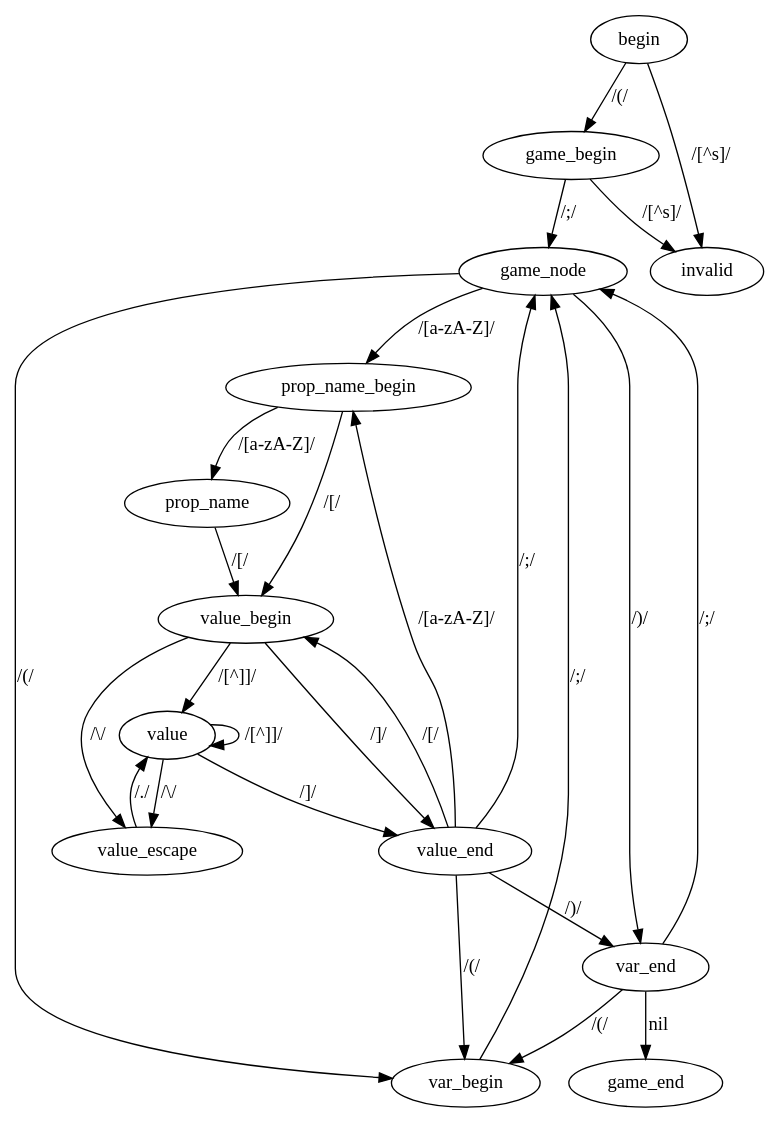
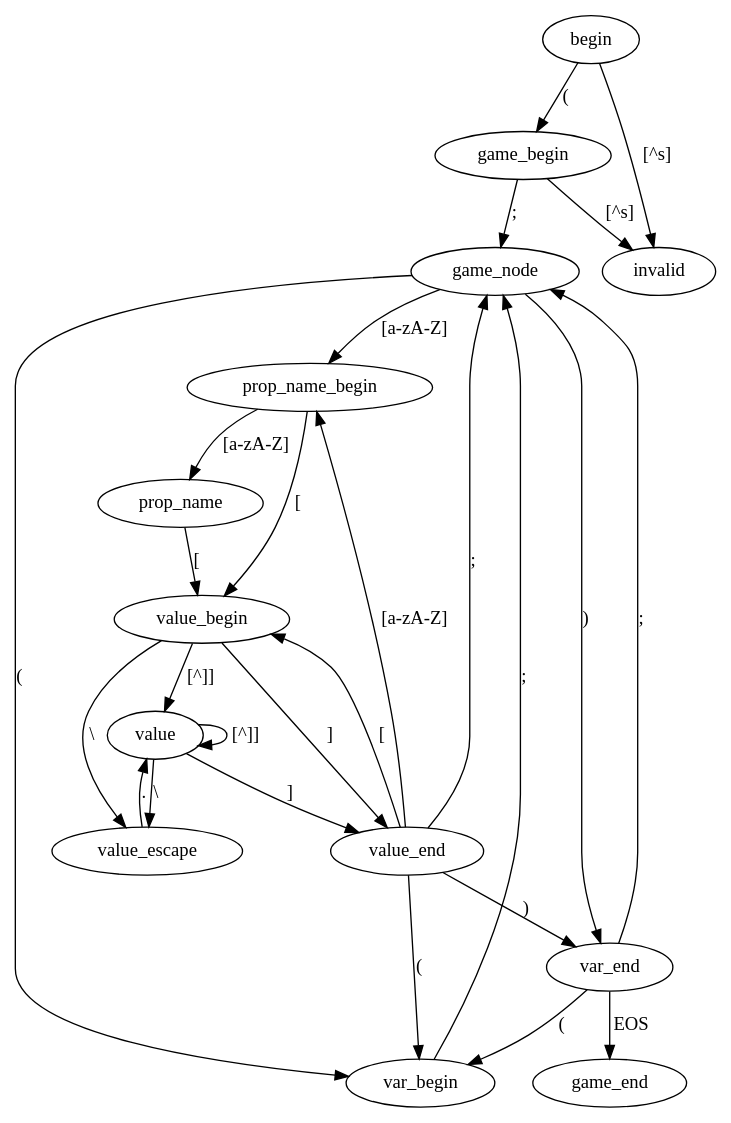
One commit to gcao/sgf_parser changed the diagram in doc/sgf_state_machine.dot. Above: the diagram before and after it, drawn with Graphviz. The commit also changed 3 other files, not shown here.

Commit message:
Update state machine graph

```diff
--- a/doc/sgf_state_machine.dot
+++ b/doc/sgf_state_machine.dot
@@ -1,41 +1,41 @@
 digraph SGF_STATE_MACHINE {
-begin[];
+begin[pos = 0];
 value_end[];
 game_node[];
-value_end -> game_node[label="/;/"];
-var_begin[];
-value_end -> var_begin[label="/\(/"];
+value_end -> game_node[label=";"];
+var_begin[pos = 2];
+value_end -> var_begin[label="\("];
 prop_name_begin[];
-value_end -> prop_name_begin[label="/[a-zA-Z]/"];
+value_end -> prop_name_begin[label="[a-zA-Z]"];
 value_begin[];
-value_end -> value_begin[label="/\[/"];
-var_end[];
-value_end -> var_end[label="/\)/"];
-var_end -> game_node[label="/;/"];
-var_end -> var_begin[label="/\(/"];
-game_end[];
-var_end -> game_end[label="nil"];
+value_end -> value_begin[label="\["];
+var_end[pos = 99];
+value_end -> var_end[label="\)"];
+var_end -> game_node[label=";"];
+var_end -> var_begin[label="\("];
+game_end[pos = 100];
+var_end -> game_end[label="EOS"];
 value[];
-value_begin -> value[label="/[^\]]/"];
+value_begin -> value[label="[^\]]"];
 value_escape[];
-value_begin -> value_escape[label="/\\/"];
-value_begin -> value_end[label="/\]/"];
-value -> value_escape[label="/\\/"];
-value -> value[label="/[^\]]/"];
-value -> value_end[label="/\]/"];
-game_node -> var_begin[label="/\(/"];
-game_node -> prop_name_begin[label="/[a-zA-Z]/"];
-game_node -> var_end[label="/\)/"];
-game_begin[];
-begin -> game_begin[label="/\(/"];
-invalid[];
-begin -> invalid[label="/[^\s]/"];
+value_begin -> value_escape[label="\\"];
+value_begin -> value_end[label="\]"];
+value -> value_escape[label="\\"];
+value -> value[label="[^\]]"];
+value -> value_end[label="\]"];
+game_node -> var_begin[label="\("];
+game_node -> prop_name_begin[label="[a-zA-Z]"];
+game_node -> var_end[label="\)"];
+game_begin[pos = 1];
+begin -> game_begin[label="\("];
+invalid[pos = 100];
+begin -> invalid[label="[^\s]"];
 prop_name[];
-prop_name_begin -> prop_name[label="/[a-zA-Z]/"];
-prop_name_begin -> value_begin[label="/\[/"];
-game_begin -> game_node[label="/;/"];
-game_begin -> invalid[label="/[^\s]/"];
-value_escape -> value[label="/./"];
-var_begin -> game_node[label="/;/"];
-prop_name -> value_begin[label="/\[/"];
+prop_name_begin -> prop_name[label="[a-zA-Z]"];
+prop_name_begin -> value_begin[label="\["];
+game_begin -> game_node[label=";"];
+game_begin -> invalid[label="[^\s]"];
+value_escape -> value[label="."];
+var_begin -> game_node[label=";"];
+prop_name -> value_begin[label="\["];
 }
```
